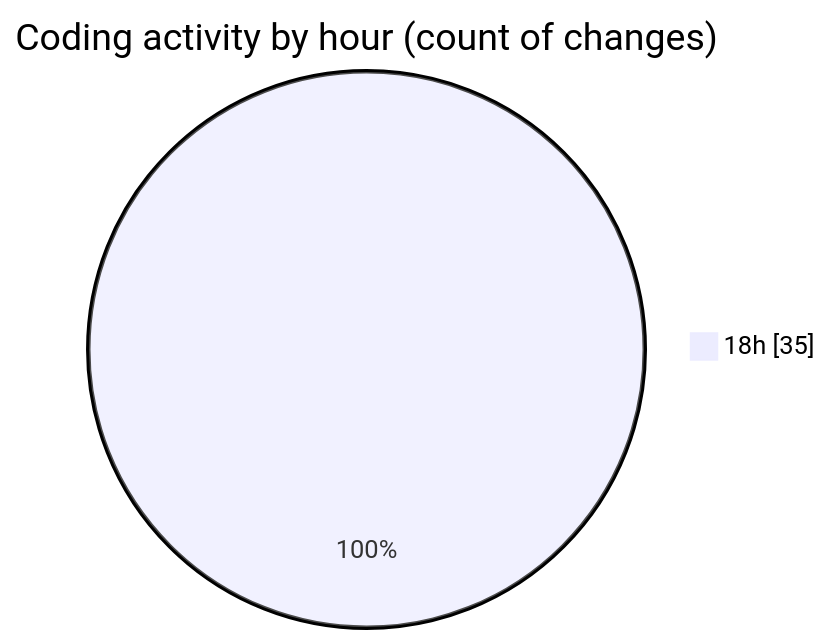
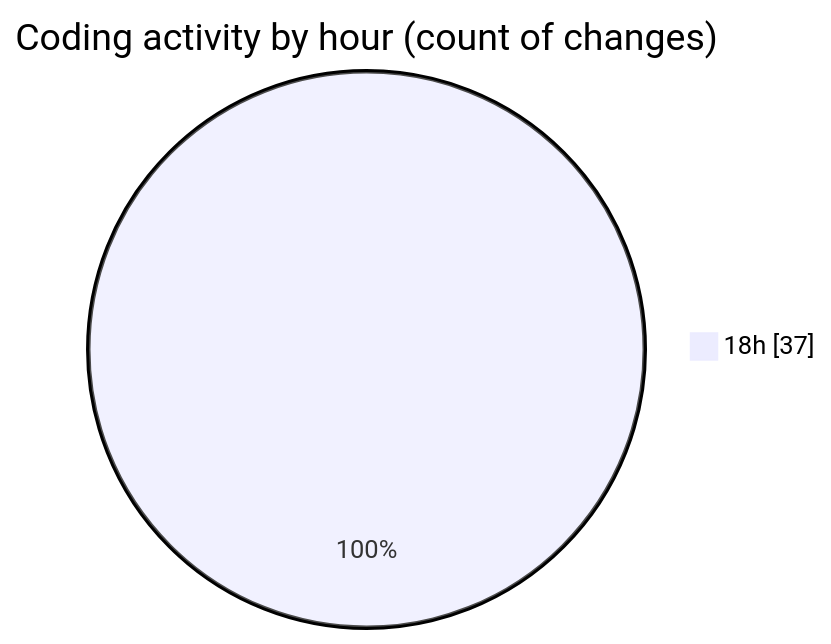
The second of 2 diagrams in 2025-01-13/trackers_app/README.md (donsfak/code-tracking), drawn with Mermaid before and after one commit. The commit also changed other lines of this file and 1 other file, not shown here.

````diff
--- a/2025-01-13/trackers_app/README.md
+++ b/2025-01-13/trackers_app/README.md
@@ -30,5 +31,5 @@
 ```mermaid
 pie showData
 title Coding activity by hour (count of changes)
-"18h" : 35
+"18h" : 37
 ```
````
